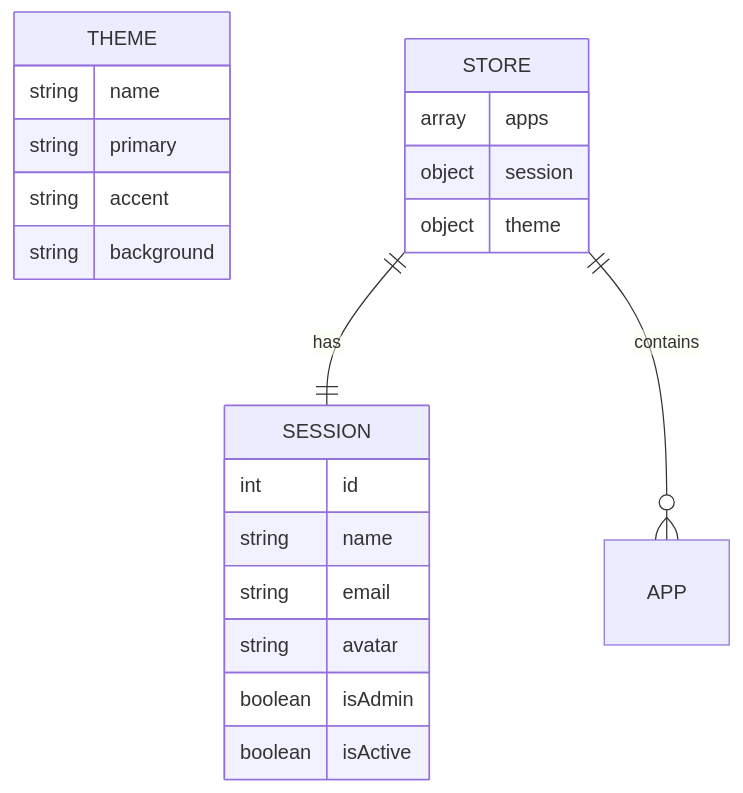
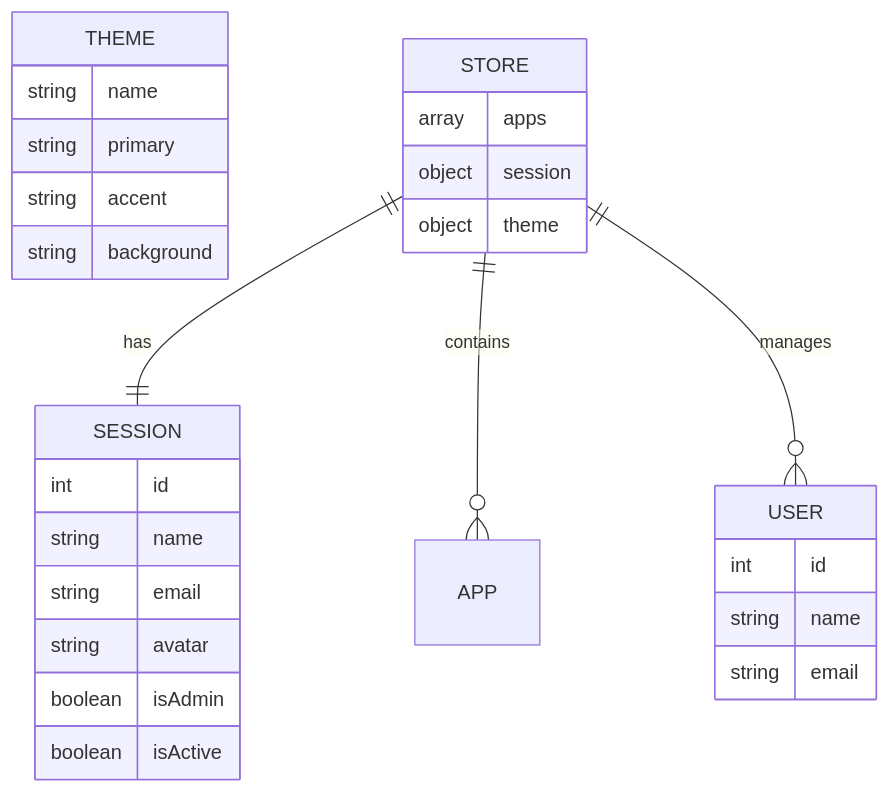
The eighth of 9 diagrams in .qoder/repowiki/en/content/Frontend Application/Frontend Application.md (xinyo/startora), drawn with Mermaid before and after one commit. The commit also changed other lines of this file and 19 other files, not shown here.

````diff
--- a/.qoder/repowiki/en/content/Frontend Application/Frontend Application.md
+++ b/.qoder/repowiki/en/content/Frontend Application/Frontend Application.md
@@ -329,24 +370,30 @@
 ```mermaid
 erDiagram
 SESSION {
 int id
 string name
 string email
 string avatar
 boolean isAdmin
 boolean isActive
 }
 THEME {
 string name
 string primary
 string accent
 string background
 }
+USER {
+int id
+string name
+string email
+}
 STORE {
 array apps
 object session
 object theme
 }
 STORE ||--|| SESSION : "has"
 STORE ||--o{ APP : "contains"
+STORE ||--o{ USER : "manages"
 ```
````
